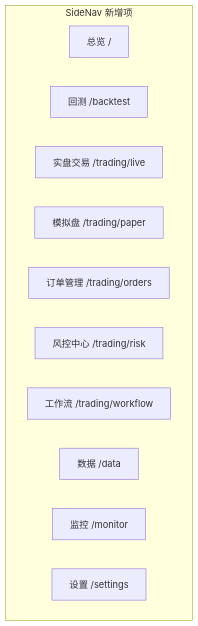
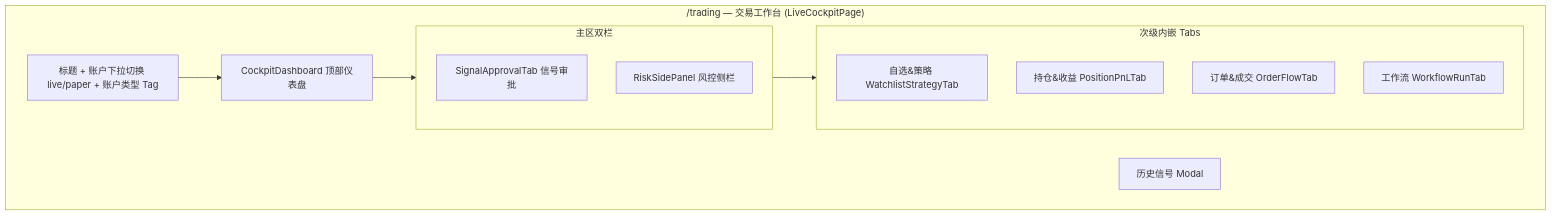
The first of 3 diagrams in docs/trading-product-design.md (bitiany/xq-trader), drawn with Mermaid before and after one commit. The commit also changed other lines of this file and 8 other files, not shown here.

````diff
--- a/docs/trading-product-design.md
+++ b/docs/trading-product-design.md
@@ -63,15 +69,19 @@
 ```mermaid
 flowchart TB
-    subgraph nav [SideNav 新增项]
-        Dashboard[总览 /]
-        Backtest[回测 /backtest]
-        Live[实盘交易 /trading/live]
-        Paper[模拟盘 /trading/paper]
-        Orders[订单管理 /trading/orders]
-        Risk[风控中心 /trading/risk]
-        Workflow[工作流 /trading/workflow]
-        Data[数据 /data]
-        Monitor[监控 /monitor]
-        Settings[设置 /settings]
+    subgraph page ["/trading — 交易工作台 (LiveCockpitPage)"]
+        Header[标题 + 账户下拉切换 live/paper + 账户类型 Tag]
+        Dashboard[CockpitDashboard 顶部仪表盘]
+        subgraph main [主区双栏]
+            Signal[SignalApprovalTab 信号审批]
+            Risk[RiskSidePanel 风控侧栏]
+        end
+        subgraph tabs [次级内嵌 Tabs]
+            T1[自选&策略 WatchlistStrategyTab]
+            T2[持仓&收益 PositionPnLTab]
+            T3[订单&成交 OrderFlowTab]
+            T4[工作流 WorkflowRunTab]
+        end
+        Modal[历史信号 Modal]
     end
+    Header --> Dashboard --> main --> tabs
 ```
````
